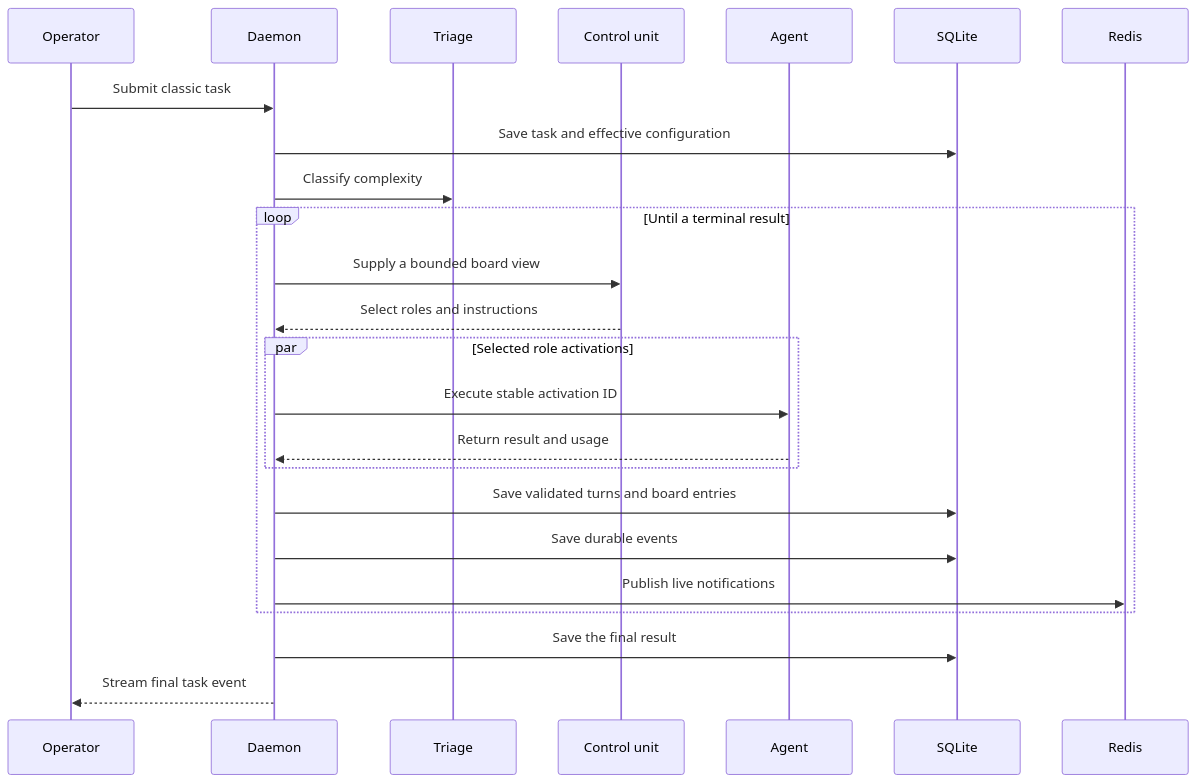
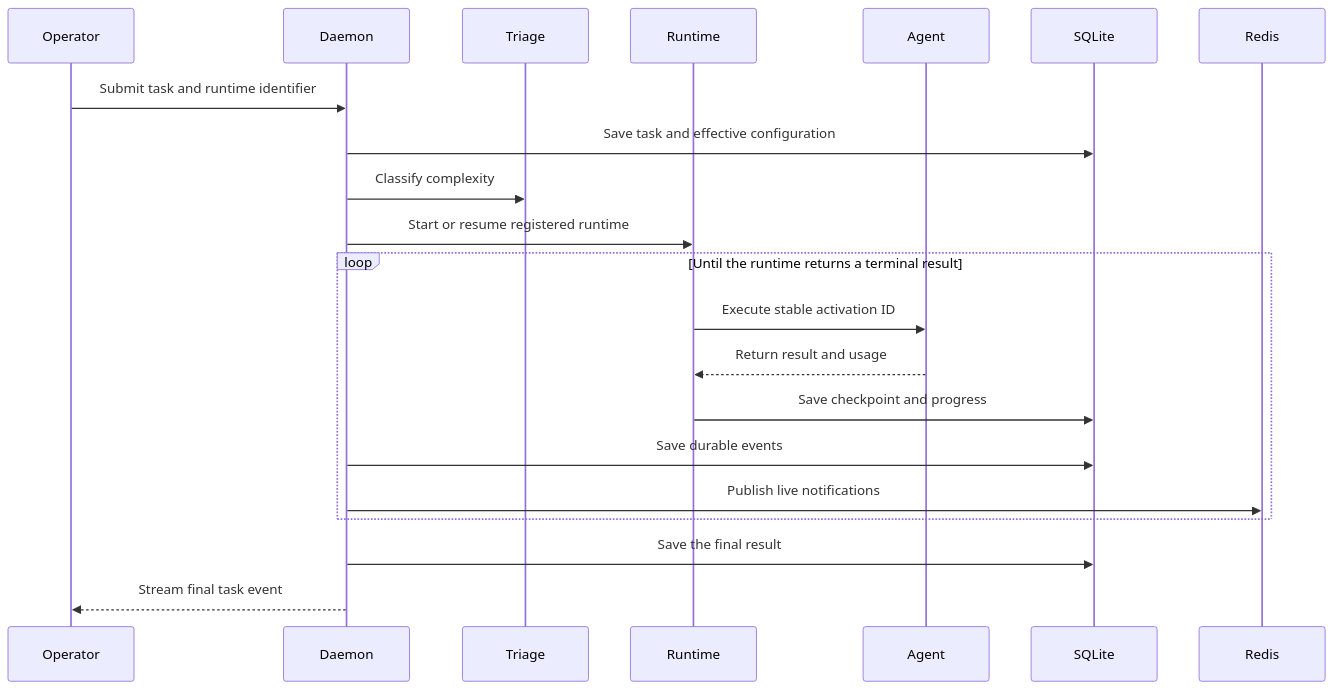
One commit to arvarik/bmas changed the second of 3 diagrams in docs/architecture/README.md. Above: the diagram before and after it, drawn with Mermaid. The commit also changed other lines of this file and 58 other files, not shown here.

````diff
--- a/docs/architecture/README.md
+++ b/docs/architecture/README.md
@@ -46,27 +46,24 @@
 ```mermaid
 sequenceDiagram
     participant O as Operator
     participant D as Daemon
     participant T as Triage
-    participant C as Control unit
+    participant V as Runtime
     participant A as Agent
     participant Q as SQLite
     participant R as Redis
 
-    O->>D: Submit classic task
+    O->>D: Submit task and runtime identifier
     D->>Q: Save task and effective configuration
     D->>T: Classify complexity
-    loop Until a terminal result
-        D->>C: Supply a bounded board view
-        C-->>D: Select roles and instructions
-        par Selected role activations
-            D->>A: Execute stable activation ID
-            A-->>D: Return result and usage
-        end
-        D->>Q: Save validated turns and board entries
+    D->>V: Start or resume registered runtime
+    loop Until the runtime returns a terminal result
+        V->>A: Execute stable activation ID
+        A-->>V: Return result and usage
+        V->>Q: Save checkpoint and progress
         D->>Q: Save durable events
         D->>R: Publish live notifications
     end
     D->>Q: Save the final result
     D-->>O: Stream final task event
 ```
````
